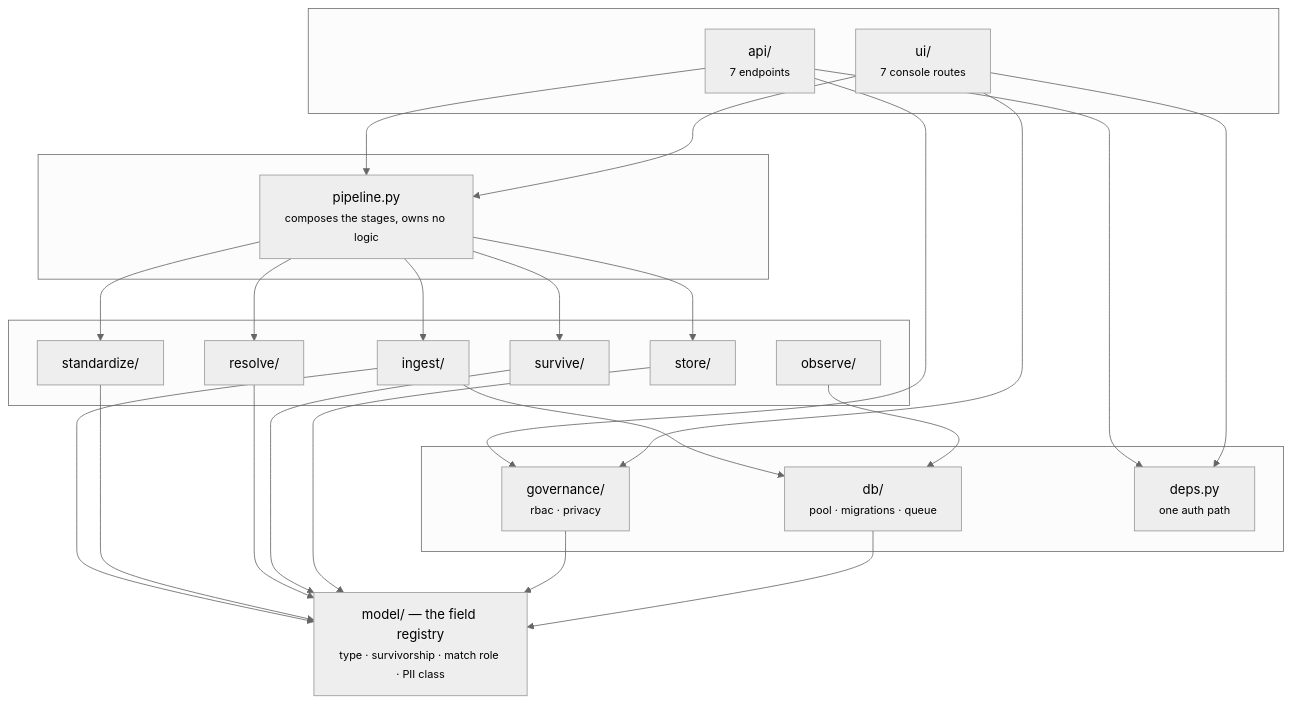
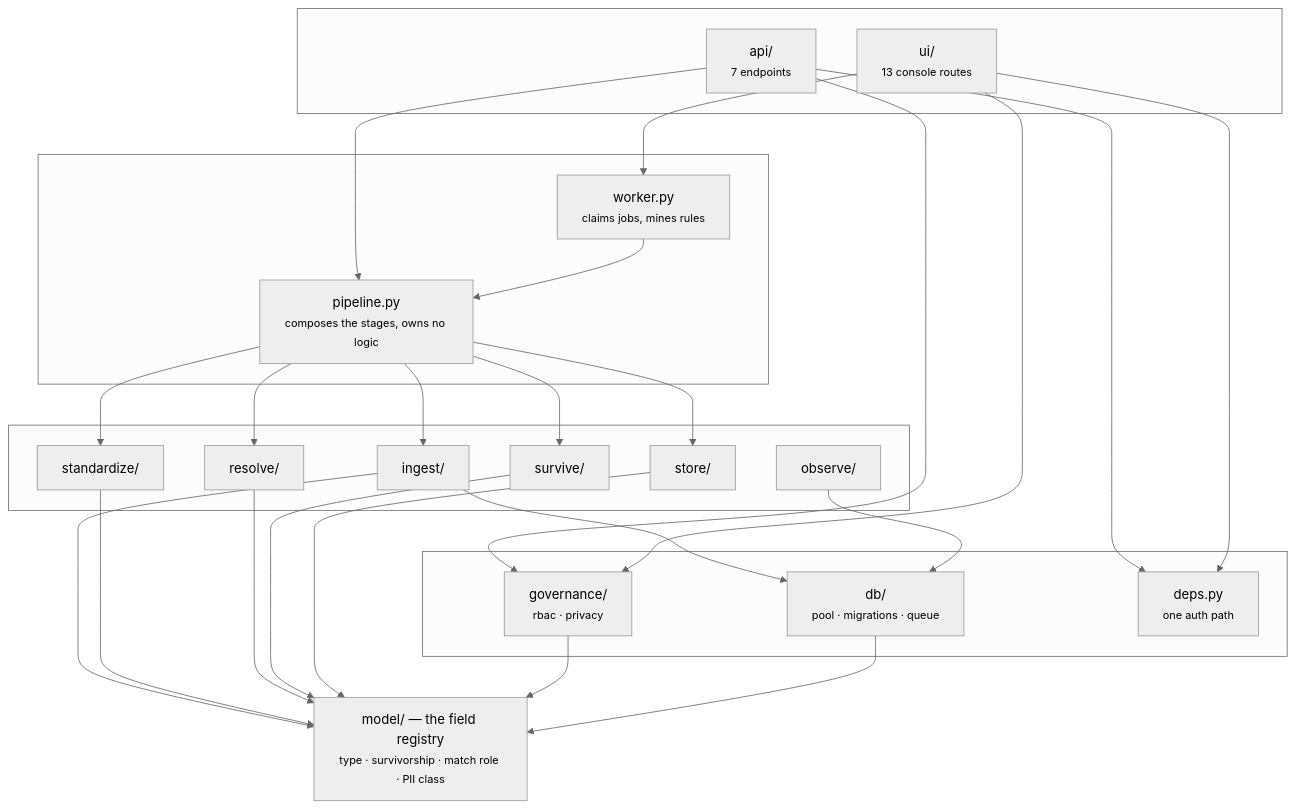
One commit to wysiwydg/test1 changed the first of 4 diagrams in docs/03-architecture.md. Above: the diagram before and after it, drawn with Mermaid (neutral theme). The commit also changed other lines of this file and 19 other files, not shown here.

````diff
--- a/docs/03-architecture.md
+++ b/docs/03-architecture.md
@@ -20,35 +20,37 @@
 ```mermaid
 flowchart TD
     subgraph EDGE[" "]
         api["api/<br><small>7 endpoints</small>"]
-        ui["ui/<br><small>7 console routes</small>"]
+        ui["ui/<br><small>13 console routes</small>"]
     end
     subgraph ORCH[" "]
         pipe["pipeline.py<br><small>composes the stages, owns no logic</small>"]
+        wrk["worker.py<br><small>claims jobs, mines rules</small>"]
     end
     subgraph ENGINES[" "]
         ing["ingest/"]
         std["standardize/"]
         res["resolve/"]
         sur["survive/"]
         sto["store/"]
         obs["observe/"]
     end
     subgraph SHARED[" "]
         db["db/<br><small>pool · migrations · queue</small>"]
         gov["governance/<br><small>rbac · privacy</small>"]
         dep["deps.py<br><small>one auth path</small>"]
     end
     reg["model/ — the field registry<br><small>type · survivorship · match role · PII class</small>"]
 
     api --> pipe
-    ui --> pipe
+    ui --> wrk
+    wrk --> pipe
     api --> dep
     ui --> dep
     api --> gov
     ui --> gov
     pipe --> ing & std & res & sur & sto
     ing --> db
     obs --> db
     ing & std & res & sur & sto & gov & db --> reg
 ```
````
